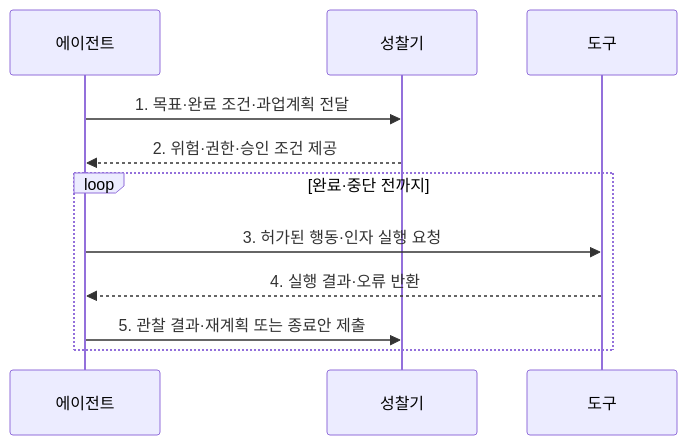
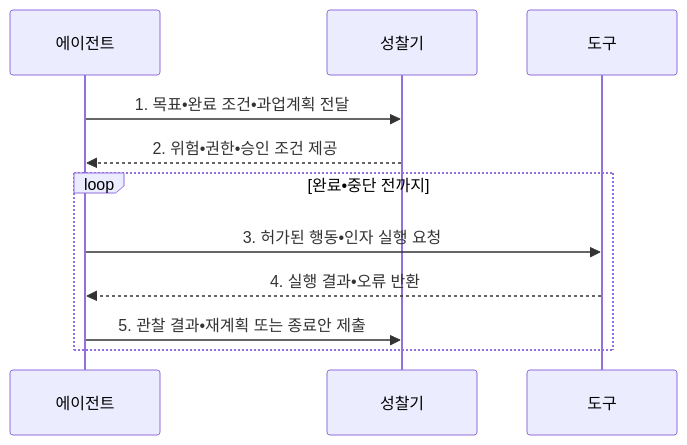
The second of 2 diagrams in src/content/docs/notes/08-latest-tech/002_agentic_ai.md (agnusdei1207/knowledge-base), drawn with Mermaid before and after one commit. The commit also changed other lines of this file and 953 other files, not shown here.

````diff
--- a/src/content/docs/notes/08-latest-tech/002_agentic_ai.md
+++ b/src/content/docs/notes/08-latest-tech/002_agentic_ai.md
@@ -100,13 +100,13 @@
 ```mermaid
 sequenceDiagram
     participant A as 에이전트
     participant R as 성찰기
     participant T as 도구
-    A->>R: 1. 목표·완료 조건·과업계획 전달
-    R-->>A: 2. 위험·권한·승인 조건 제공
-    loop 완료·중단 전까지
-        A->>T: 3. 허가된 행동·인자 실행 요청
-        T-->>A: 4. 실행 결과·오류 반환
-        A->>R: 5. 관찰 결과·재계획 또는 종료안 제출
+    A->>R: 1. 목표•완료 조건•과업계획 전달
+    R-->>A: 2. 위험•권한•승인 조건 제공
+    loop 완료•중단 전까지
+        A->>T: 3. 허가된 행동•인자 실행 요청
+        T-->>A: 4. 실행 결과•오류 반환
+        A->>R: 5. 관찰 결과•재계획 또는 종료안 제출
     end
 ```
````
